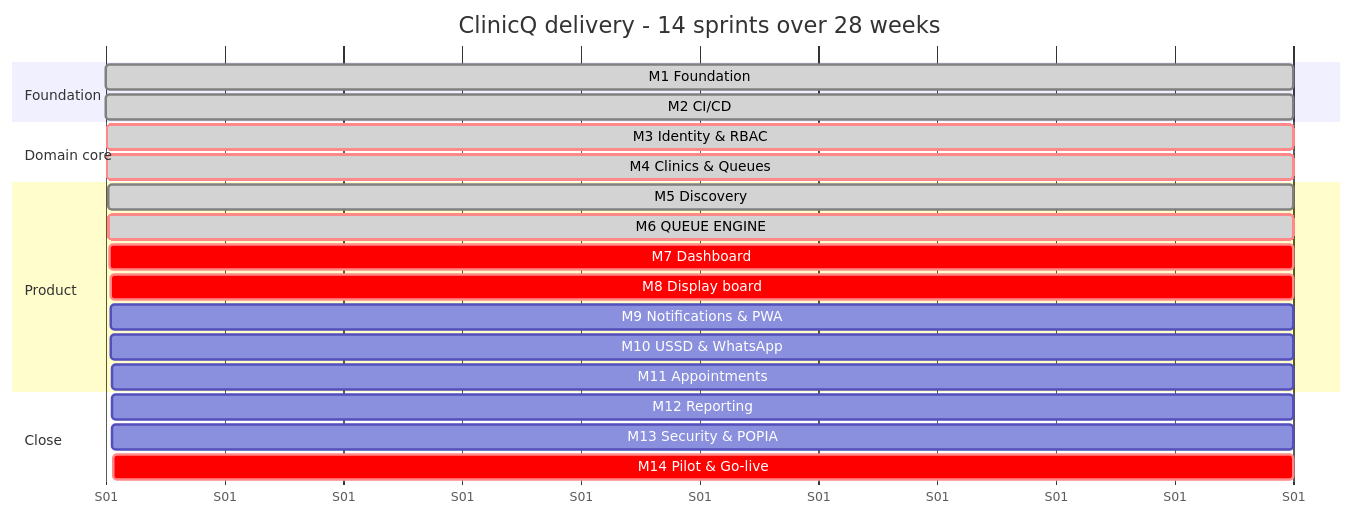
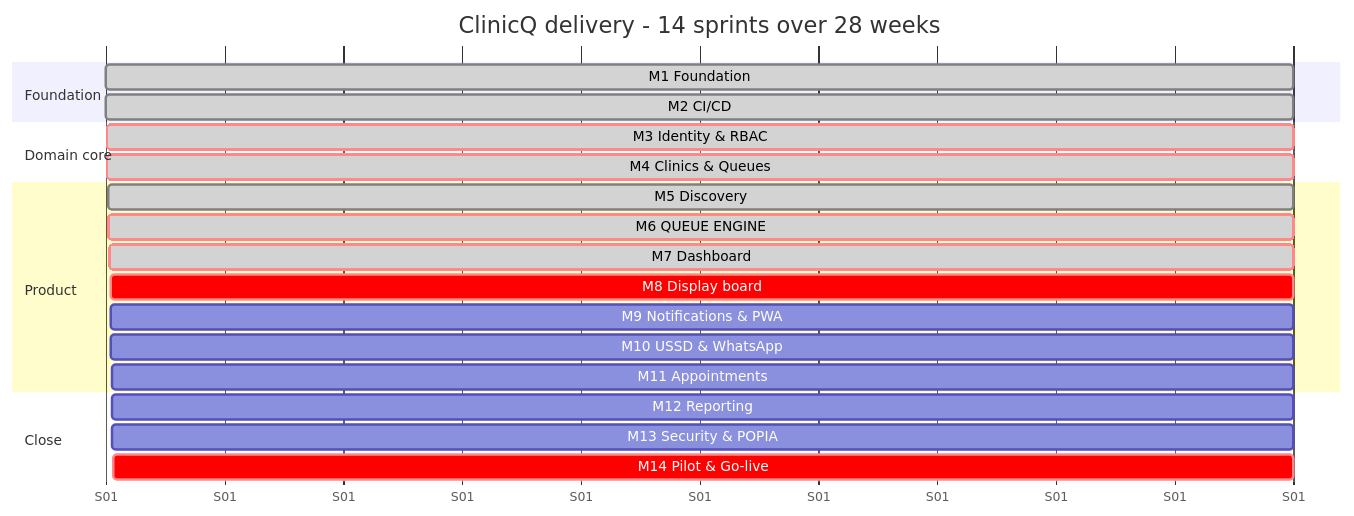
One commit to Billykat7/clinicQ changed the second of 2 diagrams in docs/PLAN/IMPLEMENTATION_PLAN.md. Above: the diagram before and after it, drawn with Mermaid. The commit also changed 6 other files, not shown here.

````diff
--- a/docs/PLAN/IMPLEMENTATION_PLAN.md
+++ b/docs/PLAN/IMPLEMENTATION_PLAN.md
@@ -76,24 +76,24 @@
 ```mermaid
 gantt
     title ClinicQ delivery - 14 sprints over 28 weeks
     dateFormat X
     axisFormat S%d
     section Foundation
     M1 Foundation            :done,   m1, 0, 2
     M2 CI/CD                 :done,   m2, 1, 2
     section Domain core
     M3 Identity & RBAC       :crit, done, m3, 2, 2
     M4 Clinics & Queues      :crit, done, m4, 3, 2
     section Product
     M5 Discovery             :done,   m5, 4, 2
     M6 QUEUE ENGINE          :crit, done, m6, 5, 2
-    M7 Dashboard             :crit,   m7, 7, 2
+    M7 Dashboard             :crit, done, m7, 7, 2
     M8 Display board         :crit,   m8, 8, 2
     M9 Notifications & PWA   :        m9, 8, 2
     M10 USSD & WhatsApp      :        m10, 9, 2
     M11 Appointments         :        m11, 10, 2
     section Close
     M12 Reporting            :        m12, 11, 2
     M13 Security & POPIA     :        m13, 11, 2
     M14 Pilot & Go-live      :crit,   m14, 12, 2
 ```
````
